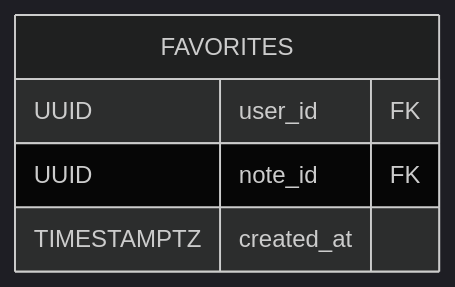
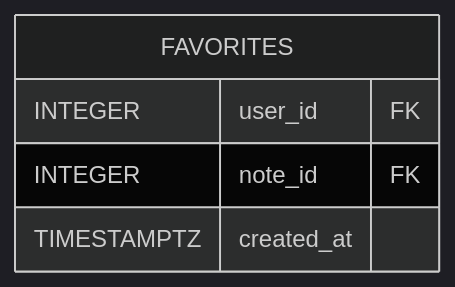
Before and after one commit to go-park-mail-ru/2025_2_FiveCode: the ninth of 11 diagrams in db/normalized/relations.md, drawn with Mermaid (dark theme). The commit also changed other lines of this file and 2 other files, not shown here.

Commit message:
add trigger, update er and relations

````diff
--- a/db/normalized/relations.md
+++ b/db/normalized/relations.md
@@ -262,8 +263,8 @@
 ```mermaid
 erDiagram
   FAVORITES {
-    UUID user_id FK
-    UUID note_id FK
+    INTEGER user_id FK
+    INTEGER note_id FK
     TIMESTAMPTZ created_at
   }
 ```
````
